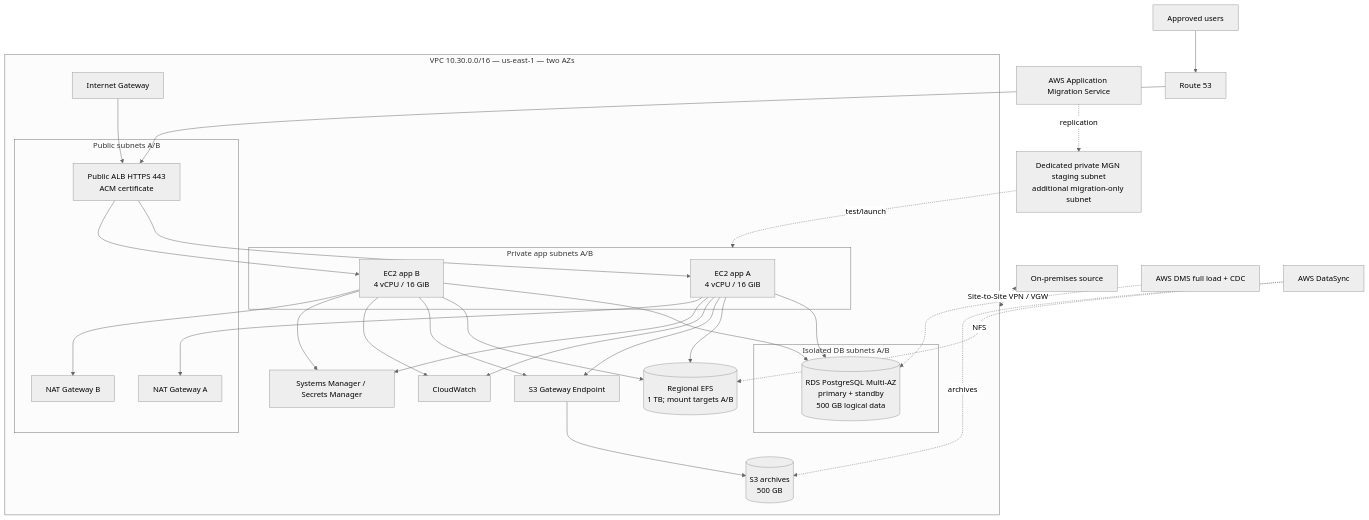
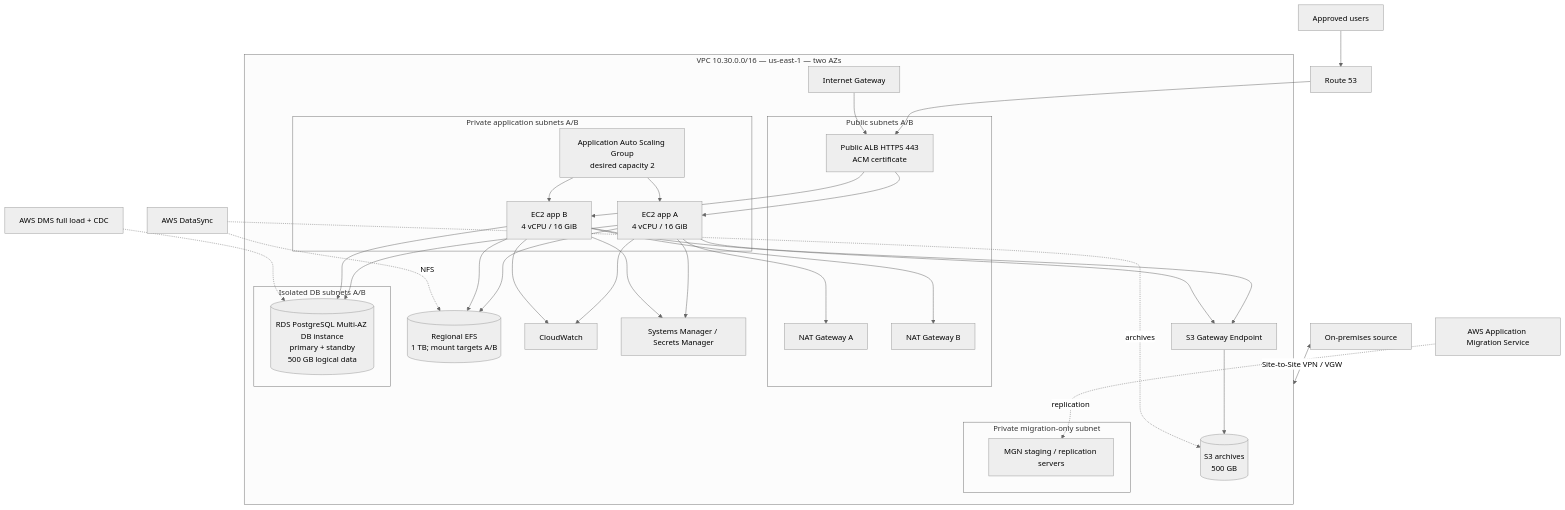
Before and after one commit to fhyxx/aws-cloud-migration-blueprint: the diagram in architecture/target-architecture.mmd, drawn with Mermaid (neutral theme).

Commit message:
Correct MGN subnet placement and show app scaling

```diff
--- a/architecture/target-architecture.mmd
+++ b/architecture/target-architecture.mmd
@@ -1,45 +1,49 @@
 flowchart TB
  U[Approved users] --> DNS[Route 53]
  DNS --> ALB[Public ALB HTTPS 443<br/>ACM certificate]
  subgraph VPC["VPC 10.30.0.0/16 — us-east-1 — two AZs"]
   IGW[Internet Gateway]
   subgraph PUB["Public subnets A/B"]
    ALB
    N1[NAT Gateway A]
    N2[NAT Gateway B]
   end
-  subgraph APP["Private app subnets A/B"]
+  subgraph APP["Private application subnets A/B"]
+   ASG[Application Auto Scaling Group<br/>desired capacity 2]
    A[EC2 app A<br/>4 vCPU / 16 GiB]
    B[EC2 app B<br/>4 vCPU / 16 GiB]
+   ASG --> A
+   ASG --> B
   end
   subgraph DB["Isolated DB subnets A/B"]
-   R[(RDS PostgreSQL Multi-AZ<br/>primary + standby<br/>500 GB logical data)]
+   R[(RDS PostgreSQL Multi-AZ DB instance<br/>primary + standby<br/>500 GB logical data)]
   end
   E[(Regional EFS<br/>1 TB; mount targets A/B)]
   S3EP[S3 Gateway Endpoint]
   S[(S3 archives<br/>500 GB)]
   C[CloudWatch]
   M[Systems Manager / Secrets Manager]
+  subgraph MIG["Private migration-only subnet"]
+   STG[MGN staging / replication servers]
+  end
   IGW --> ALB
   ALB --> A
   ALB --> B
   A --> R
   B --> R
   A --> E
   B --> E
   A --> S3EP --> S
   B --> S3EP
   A --> C
   B --> C
   A --> M
   B --> M
   A --> N1
   B --> N2
  end
  O[On-premises source] <-->|Site-to-Site VPN / VGW| VPC
- STG[Dedicated private MGN staging subnet<br/>additional migration-only subnet]
  MGN[AWS Application Migration Service] -. replication .-> STG
- STG -. test/launch .-> APP
  DMS[AWS DMS full load + CDC] -.-> R
  DS[AWS DataSync] -. NFS .-> E
  DS -. archives .-> S
```
